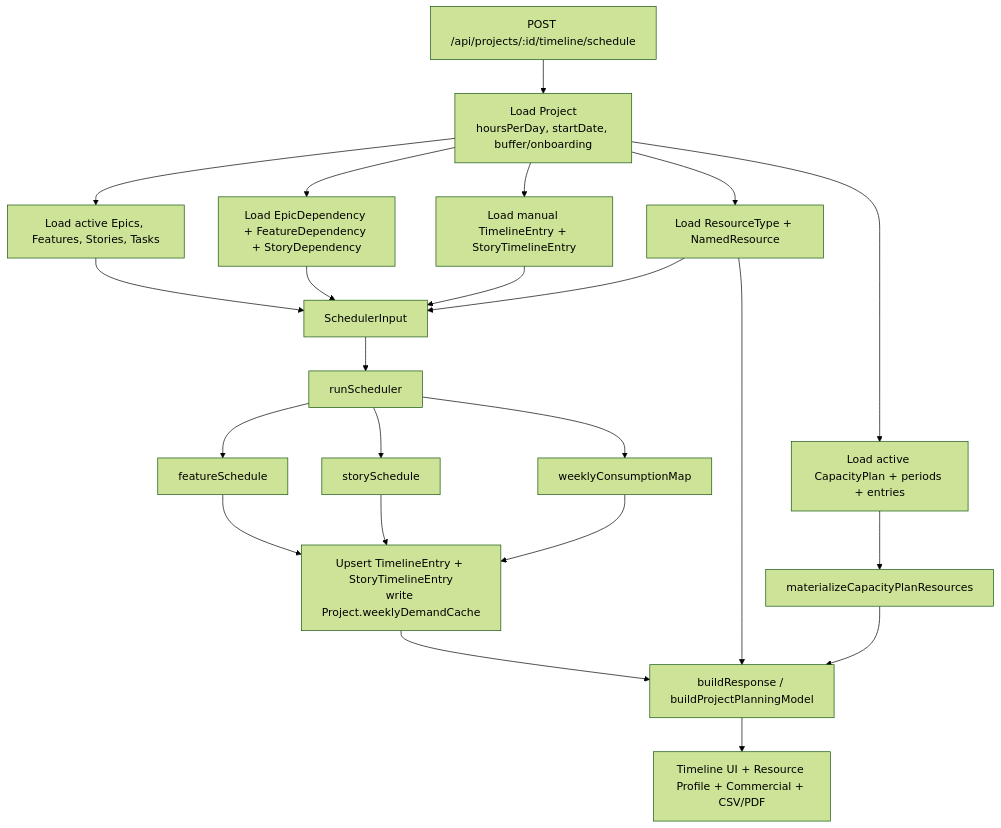
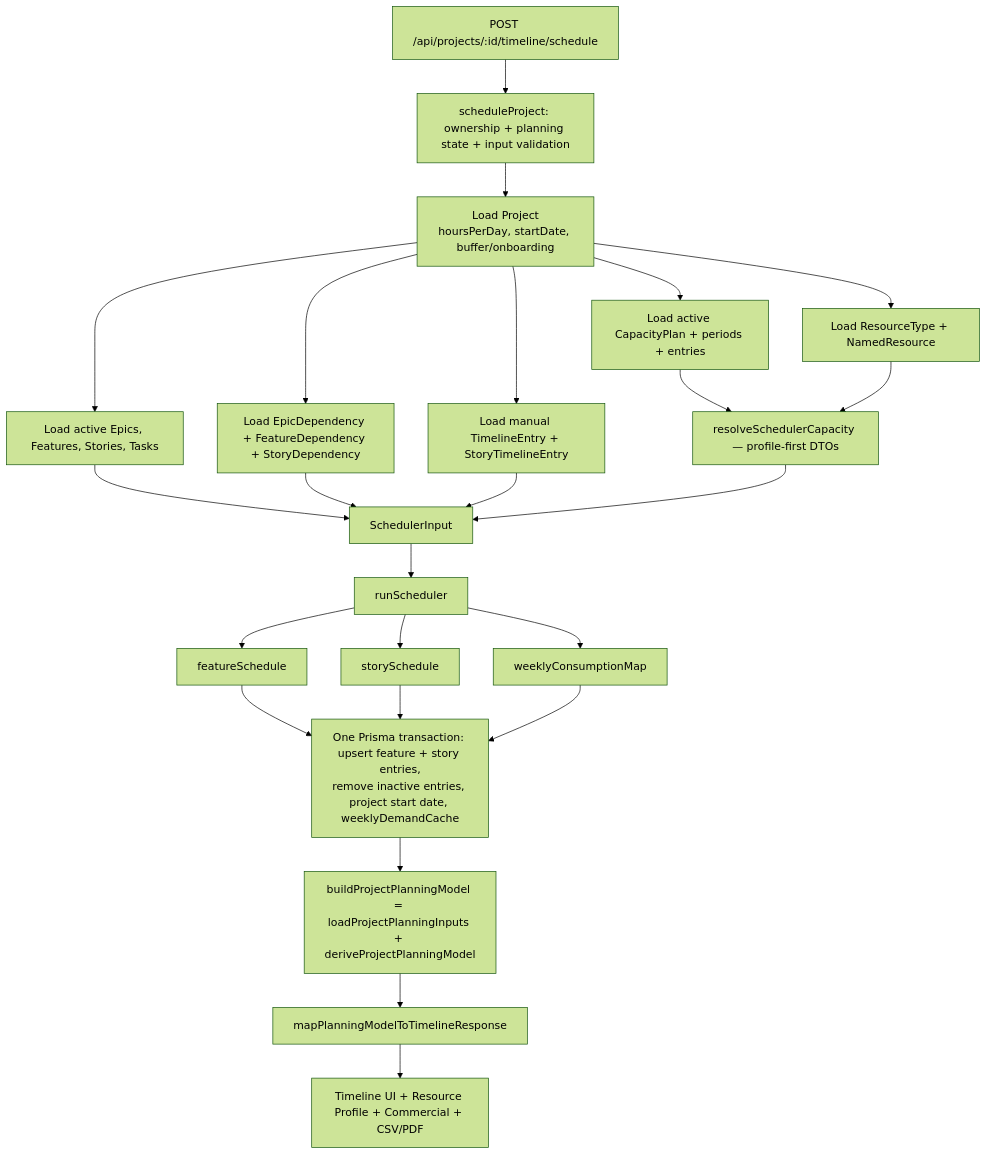
The third of 9 diagrams in docs/architecture/scheduling-and-resource-model.md (NickMonrad/monrad-estimator), drawn with Mermaid (forest theme) before and after one commit. The commit also changed other lines of this file and 14 other files, not shown here.

First line of the commit message:
refactor(#387): complete canonical planning-model adoption and transactional scheduling

````diff
--- a/docs/architecture/scheduling-and-resource-model.md
+++ b/docs/architecture/scheduling-and-resource-model.md
@@ -318,42 +319,45 @@
 ```mermaid
 flowchart TD
   Request[POST /api/projects/:id/timeline/schedule]
+  Guard[scheduleProject: ownership + planning state + input validation]
   Project[Load Project<br/>hoursPerDay, startDate, buffer/onboarding]
   Backlog[Load active Epics, Features, Stories, Tasks]
   Deps[Load EpicDependency + FeatureDependency + StoryDependency]
   Manual[Load manual TimelineEntry + StoryTimelineEntry]
   ResourceTypes[Load ResourceType + NamedResource]
   CapacityPlan[Load active CapacityPlan + periods + entries]
-  Materialize[materializeCapacityPlanResources]
+  Resolve[resolveSchedulerCapacity — profile-first DTOs]
   SchedulerInput[SchedulerInput]
   Scheduler[runScheduler]
   FeatureSchedule[featureSchedule]
   StorySchedule[storySchedule]
   Consumption[weeklyConsumptionMap]
-  Persist[Upsert TimelineEntry + StoryTimelineEntry<br/>write Project.weeklyDemandCache]
-  Response[buildResponse / buildProjectPlanningModel]
+  Tx[One Prisma transaction: upsert feature + story entries,<br/>remove inactive entries, project start date, weeklyDemandCache]
+  Reload[buildProjectPlanningModel = loadProjectPlanningInputs + deriveProjectPlanningModel]
+  Response[mapPlanningModelToTimelineResponse]
   Consumers[Timeline UI + Resource Profile + Commercial + CSV/PDF]
 
-  Request --> Project
+  Request --> Guard
+  Guard --> Project
   Project --> Backlog
   Project --> Deps
   Project --> Manual
   Project --> ResourceTypes
   Project --> CapacityPlan
-  CapacityPlan --> Materialize
+  CapacityPlan --> Resolve
+  ResourceTypes --> Resolve
   Backlog --> SchedulerInput
   Deps --> SchedulerInput
   Manual --> SchedulerInput
-  ResourceTypes --> SchedulerInput
+  Resolve --> SchedulerInput
   SchedulerInput --> Scheduler
   Scheduler --> FeatureSchedule
   Scheduler --> StorySchedule
   Scheduler --> Consumption
-  FeatureSchedule --> Persist
-  StorySchedule --> Persist
-  Consumption --> Persist
-  Persist --> Response
-  ResourceTypes --> Response
-  Materialize --> Response
+  FeatureSchedule --> Tx
+  StorySchedule --> Tx
+  Consumption --> Tx
+  Tx --> Reload
+  Reload --> Response
   Response --> Consumers
 ```
````
